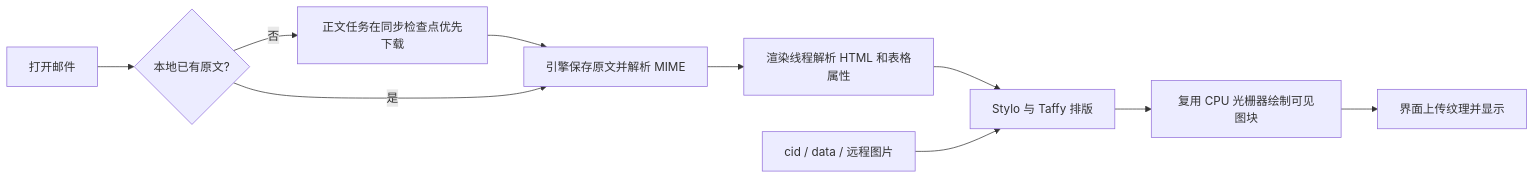
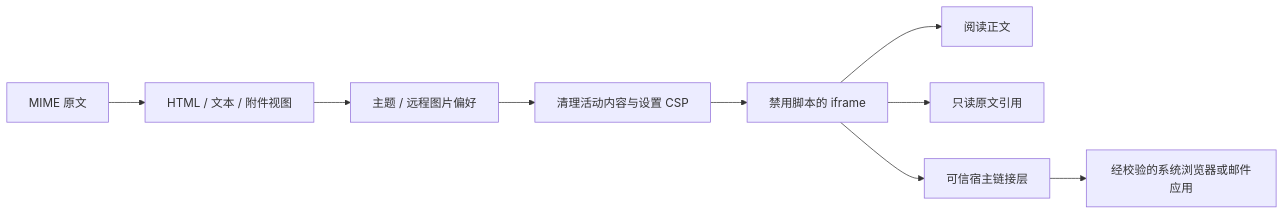
The diagram in docs/html-preview.md (OpenFabrica/mailfabrica), drawn with Mermaid before and after one commit. The commit also changed other lines of this file and 146 other files, not shown here.

````diff
--- a/docs/html-preview.md
+++ b/docs/html-preview.md
@@ -78,12 +18,11 @@
 ```mermaid
 flowchart LR
-    A[打开邮件] --> B{本地已有原文?}
-    B -->|否| C[正文任务在同步检查点优先下载]
-    C --> D[引擎保存原文并解析 MIME]
-    B -->|是| D
-    D --> E[渲染线程解析 HTML 和表格属性]
-    E --> F[Stylo 与 Taffy 排版]
-    F --> G[复用 CPU 光栅器绘制可见图块]
-    G --> H[界面上传纹理并显示]
-    I[cid / data / 远程图片] --> F
+    MIME[MIME 原文] --> Body[HTML / 文本 / 附件视图]
+    Body --> Policy[主题 / 远程图片偏好]
+    Policy --> Clean[清理活动内容与设置 CSP]
+    Clean --> Frame[禁用脚本的 iframe]
+    Frame --> Reader[阅读正文]
+    Frame --> Quote[只读原文引用]
+    Frame --> Links[可信宿主链接层]
+    Links --> System[经校验的系统浏览器或邮件应用]
 ```
````
